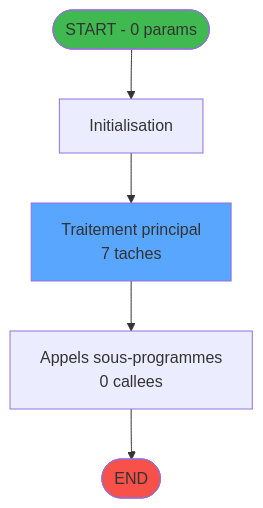
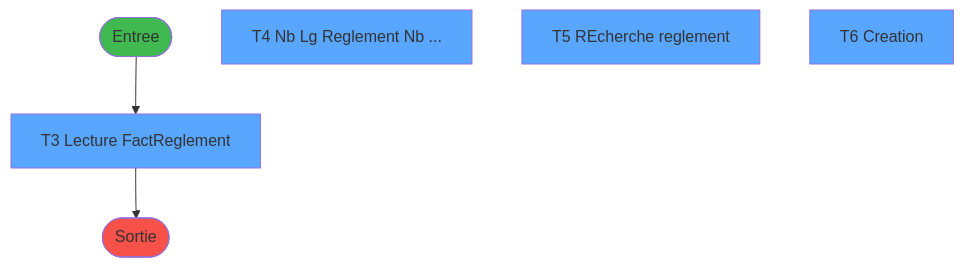
Before and after one commit to thonyAGP/magic-migration: the first of 3 diagrams in .openspec/specs/ADH-IDE-229.md, drawn with Mermaid. The commit also changed other lines of this file and 20 other files, not shown here.

````diff
--- a/.openspec/specs/ADH-IDE-229.md
+++ b/.openspec/specs/ADH-IDE-229.md
@@ -84,14 +233,17 @@
 ```mermaid
 flowchart TD
-    START([START - 0 params])
-    INIT["Initialisation"]
-    PROCESS["Traitement principal<br/>7 taches"]
-    CALLS["Appels sous-programmes<br/>0 callees"]
-    ENDOK([END])
-
-    START --> INIT --> PROCESS --> CALLS --> ENDOK
-
+    START([Entree])
     style START fill:#3fb950
-    style ENDOK fill:#f85149
-    style PROCESS fill:#58a6ff
+    VF3[T3 Lecture FactReglement]
+    style VF3 fill:#58a6ff
+    VF4[T4 Nb Lg Reglement Nb ...]
+    style VF4 fill:#58a6ff
+    VF5[T5 REcherche reglement]
+    style VF5 fill:#58a6ff
+    VF6[T6 Creation]
+    style VF6 fill:#58a6ff
+    FIN([Sortie])
+    style FIN fill:#f85149
+    START --> VF3
+    VF3 --> FIN
 ```
````
